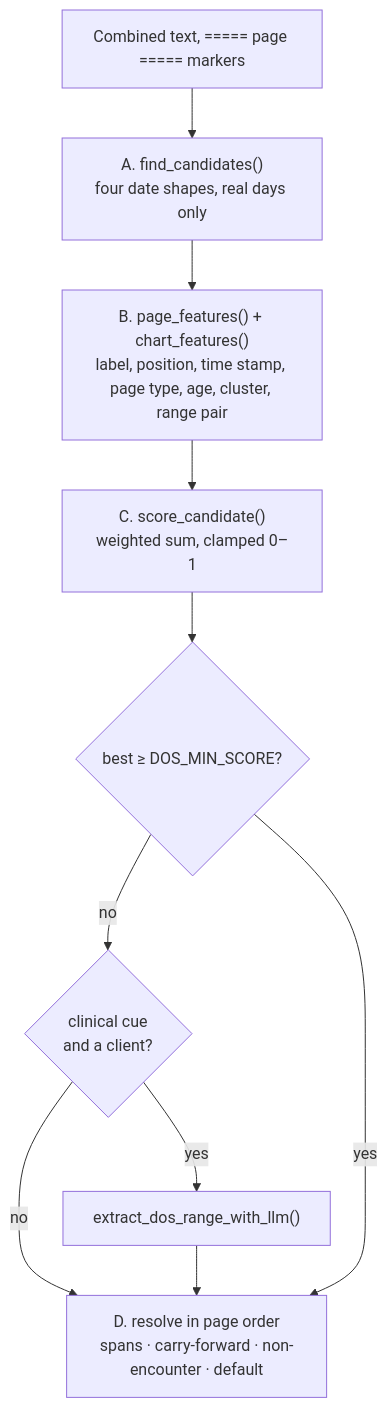
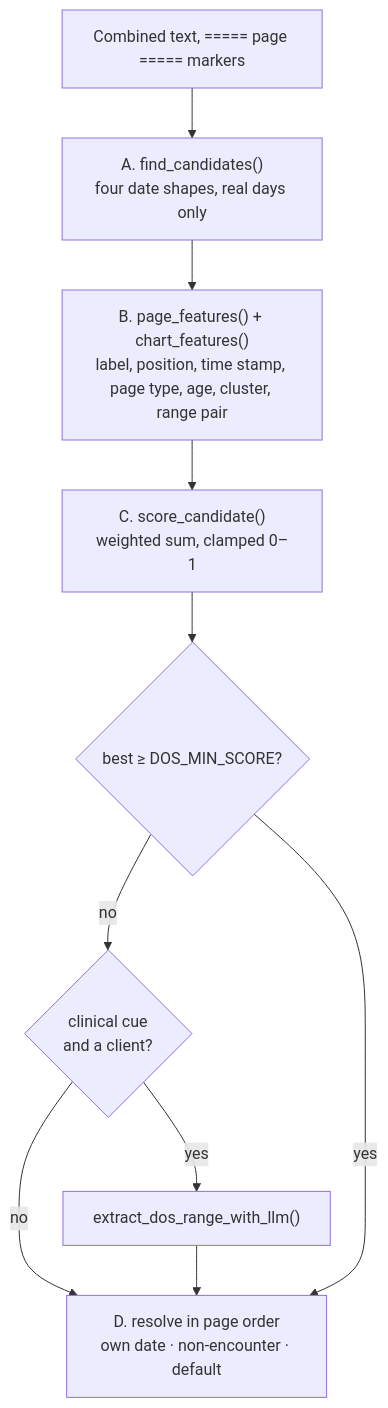
The seventh of 7 diagrams in docs/LOGIC.md (abhinavdg-ever/model-repo), drawn with Mermaid before and after one commit. The commit also changed other lines of this file and 137 other files, not shown here.

````diff
--- a/docs/LOGIC.md
+++ b/docs/LOGIC.md
@@ -529,12 +545,12 @@
 ```mermaid
 flowchart TD
   TXT["Combined text, ===== page ===== markers"] --> A["A. find_candidates()<br/>four date shapes, real days only"]
   A --> B["B. page_features() + chart_features()<br/>label, position, time stamp, page type, age, cluster, range pair"]
   B --> C["C. score_candidate()<br/>weighted sum, clamped 0–1"]
   C --> BEST{"best ≥ DOS_MIN_SCORE?"}
   BEST -- no --> LLM{"clinical cue<br/>and a client?"}
   LLM -- yes --> AOAI["extract_dos_range_with_llm()"]
   LLM -- no --> D
   AOAI --> D
-  BEST -- yes --> D["D. resolve in page order<br/>spans · carry-forward · non-encounter · default"]
+  BEST -- yes --> D["D. resolve in page order<br/>own date · non-encounter · default"]
 ```
````
